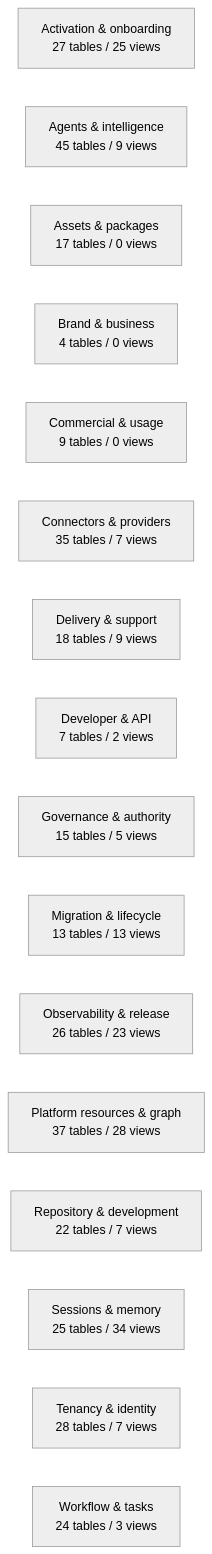
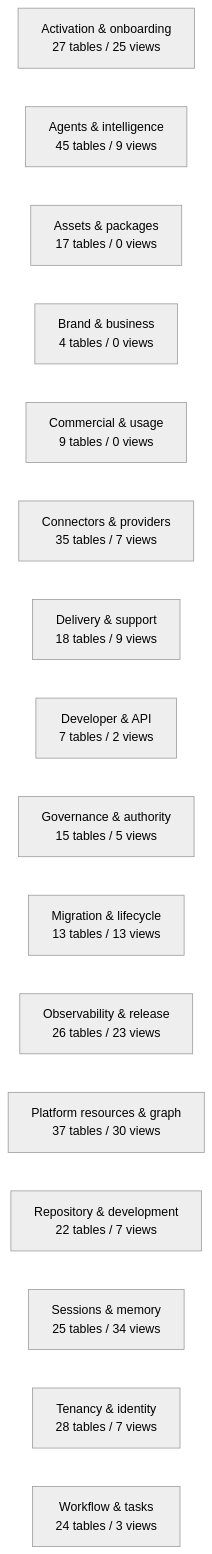
Before and after one commit to mad4bdigital-ai/multi-business-multi-role-growth-intelligence-os: the diagram in docs/work-maps/data-model-domain-map.md, drawn with Mermaid (neutral theme). The commit also changed other lines of this file and 6 other files, not shown here.

````diff
--- a/docs/work-maps/data-model-domain-map.md
+++ b/docs/work-maps/data-model-domain-map.md
@@ -9,19 +9,19 @@
 ```mermaid
 flowchart LR
   n_Activation___onboarding["Activation & onboarding<br/>27 tables / 25 views"]
   n_Agents___intelligence["Agents & intelligence<br/>45 tables / 9 views"]
   n_Assets___packages["Assets & packages<br/>17 tables / 0 views"]
   n_Brand___business["Brand & business<br/>4 tables / 0 views"]
   n_Commercial___usage["Commercial & usage<br/>9 tables / 0 views"]
   n_Connectors___providers["Connectors & providers<br/>35 tables / 7 views"]
   n_Delivery___support["Delivery & support<br/>18 tables / 9 views"]
   n_Developer___API["Developer & API<br/>7 tables / 2 views"]
   n_Governance___authority["Governance & authority<br/>15 tables / 5 views"]
   n_Migration___lifecycle["Migration & lifecycle<br/>13 tables / 13 views"]
   n_Observability___release["Observability & release<br/>26 tables / 23 views"]
-  n_Platform_resources___graph["Platform resources & graph<br/>37 tables / 28 views"]
+  n_Platform_resources___graph["Platform resources & graph<br/>37 tables / 30 views"]
   n_Repository___development["Repository & development<br/>22 tables / 7 views"]
   n_Sessions___memory["Sessions & memory<br/>25 tables / 34 views"]
   n_Tenancy___identity["Tenancy & identity<br/>28 tables / 7 views"]
   n_Workflow___tasks["Workflow & tasks<br/>24 tables / 3 views"]
 ```
````
